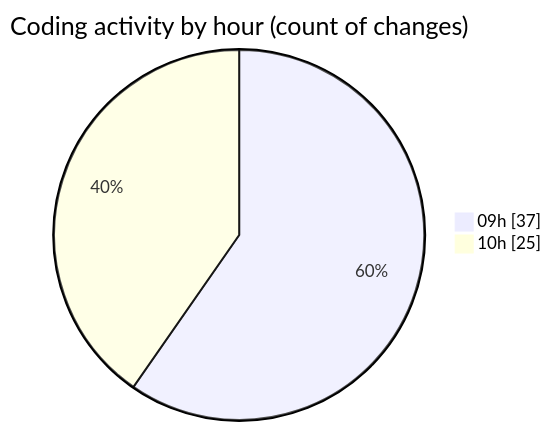
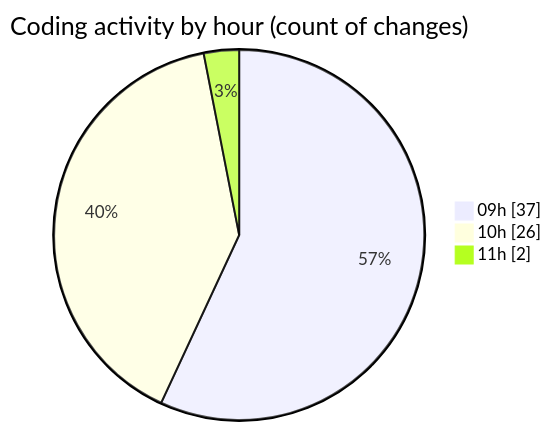
Before and after one commit to momahboobian/code-tracking: the second of 2 diagrams in 2025-11-14/cda/README.md, drawn with Mermaid. The commit also changed other lines of this file and 1 other file, not shown here.

````diff
--- a/2025-11-14/cda/README.md
+++ b/2025-11-14/cda/README.md
@@ -51,6 +51,7 @@
 ```mermaid
 pie showData
 title Coding activity by hour (count of changes)
 "09h" : 37
-"10h" : 25
+"10h" : 26
+"11h" : 2
 ```
````
